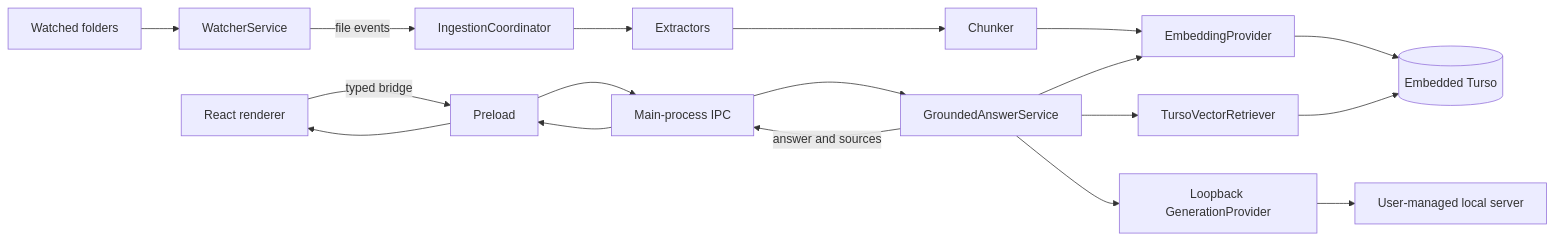
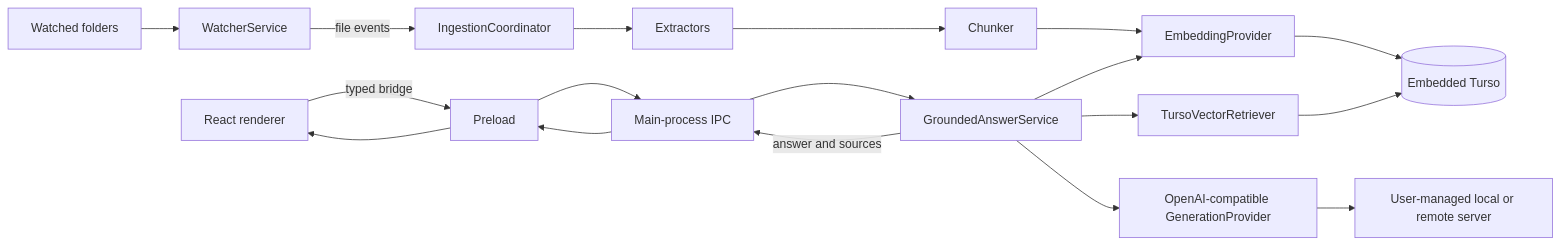
One commit to JoshuaOladipo/knowledgebase-desktop changed the diagram in docs/rag-architecture.md. Above: the diagram before and after it, drawn with Mermaid. The commit also changed other lines of this file and 28 other files, not shown here.

First line of the commit message:
feat: support user-configured remote generation servers

````diff
--- a/docs/rag-architecture.md
+++ b/docs/rag-architecture.md
@@ -50,21 +51,21 @@
 ```mermaid
 flowchart LR
     FS[Watched folders] --> W[WatcherService]
     W -->|file events| IC[IngestionCoordinator]
     IC --> EX[Extractors]
     EX --> CH[Chunker]
     CH --> EP[EmbeddingProvider]
     EP --> DB[(Embedded Turso)]
 
     UI[React renderer] -->|typed bridge| PL[Preload]
     PL --> MAIN[Main-process IPC]
     MAIN --> RAG[GroundedAnswerService]
     RAG --> EP
     RAG --> RET[TursoVectorRetriever]
     RET --> DB
-    RAG --> GP[Loopback GenerationProvider]
-    GP --> LS[User-managed local server]
+    RAG --> GP[OpenAI-compatible GenerationProvider]
+    GP --> LS[User-managed local or remote server]
     RAG -->|answer and sources| MAIN
     MAIN --> PL
     PL --> UI
 ```
````
